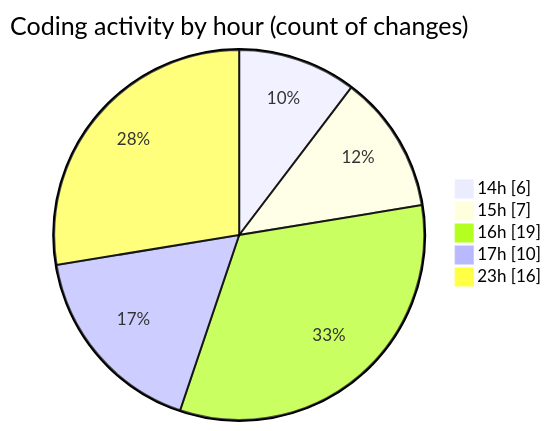
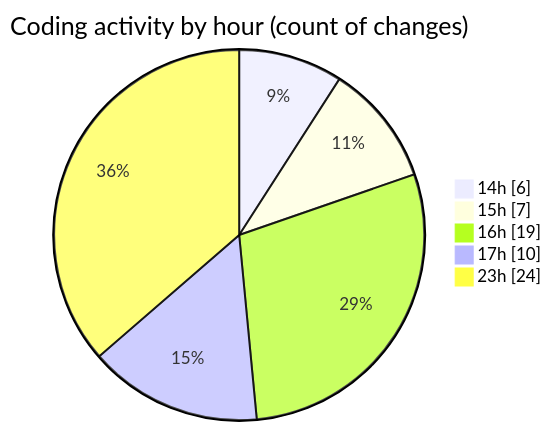
The second of 2 diagrams in 2026-03-30/cinema/README.md (igalym/code-tracking), drawn with Mermaid before and after one commit. The commit also changed other lines of this file and 1 other file, not shown here.

````diff
--- a/2026-03-30/cinema/README.md
+++ b/2026-03-30/cinema/README.md
@@ -42,9 +45,9 @@
 ```mermaid
 pie showData
 title Coding activity by hour (count of changes)
 "14h" : 6
 "15h" : 7
 "16h" : 19
 "17h" : 10
-"23h" : 16
+"23h" : 24
 ```
````
